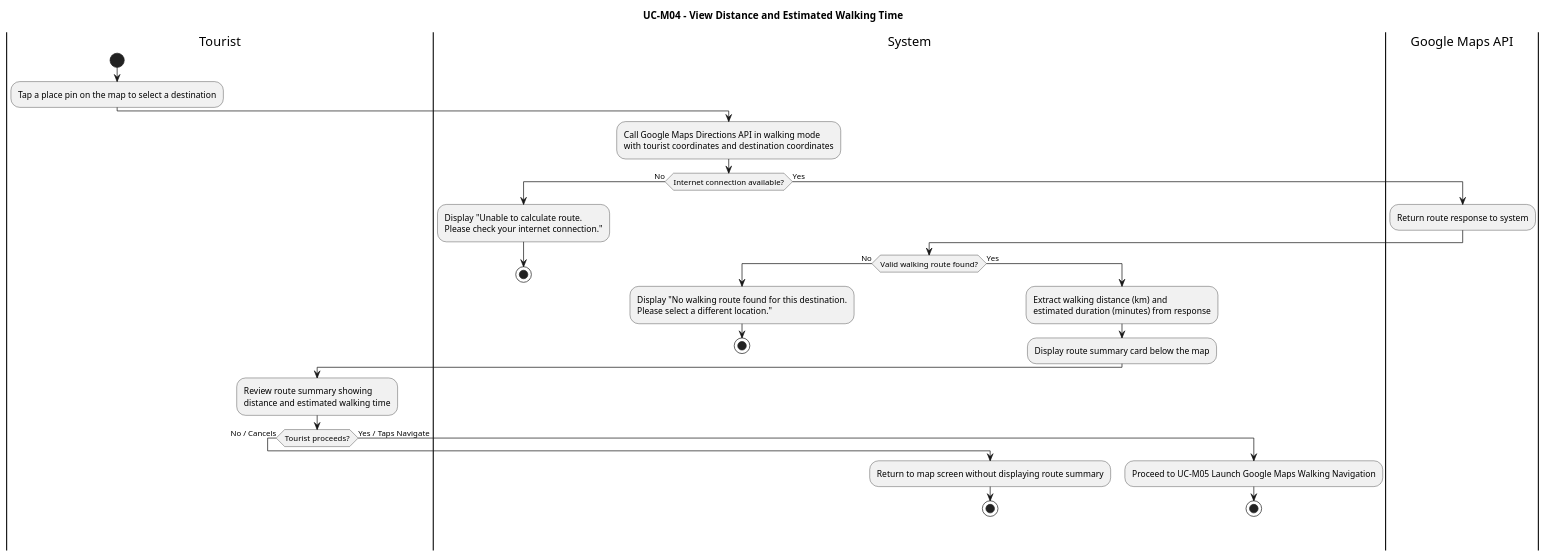
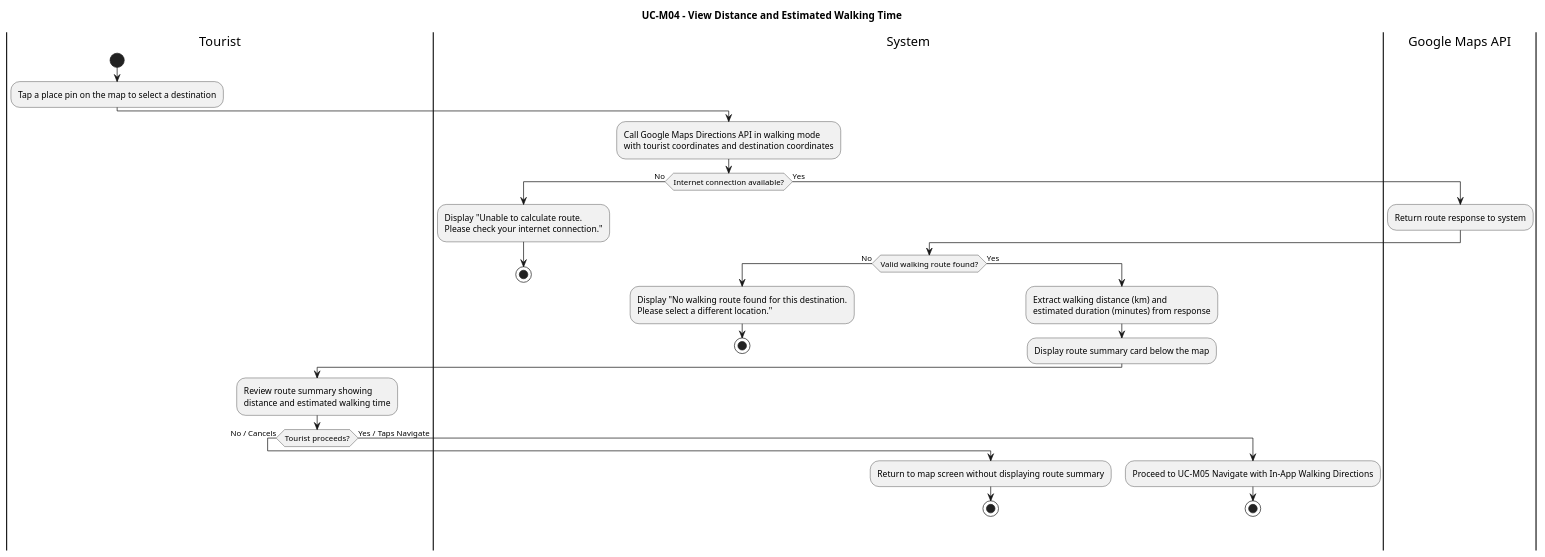
Before and after one commit to kzz05/WalkPenang: the fourth of 5 diagrams in CLAUDE.md, drawn with PlantUML. The commit also changed other lines of this file and 23 other files, not shown here.

First line of the commit message:
Replace external Google Maps hand-off with in-app walking navigation

````diff
--- a/CLAUDE.md
+++ b/CLAUDE.md
@@ -443,42 +443,42 @@
 ```plantuml
 @startuml UC3_4_ViewDistanceAndWalkingTime
 title UC-M04 - View Distance and Estimated Walking Time
 
 |Tourist|
 start
 :Tap a place pin on the map to select a destination;
 
 |System|
 :Call Google Maps Directions API in walking mode\nwith tourist coordinates and destination coordinates;
 
 if (Internet connection available?) then (No)
   :Display "Unable to calculate route.\nPlease check your internet connection.";
   stop
 else (Yes)
   |Google Maps API|
   :Return route response to system;
 
   |System|
   if (Valid walking route found?) then (No)
     :Display "No walking route found for this destination.\nPlease select a different location.";
     stop
   else (Yes)
     :Extract walking distance (km) and\nestimated duration (minutes) from response;
     :Display route summary card below the map;
 
     |Tourist|
     :Review route summary showing\ndistance and estimated walking time;
 
     if (Tourist proceeds?) then (No / Cancels)
       |System|
       :Return to map screen without displaying route summary;
       stop
     else (Yes / Taps Navigate)
-      :Proceed to UC-M05 Launch Google Maps Walking Navigation;
+      :Proceed to UC-M05 Navigate with In-App Walking Directions;
       stop
     endif
   endif
 endif
 
 @enduml
 ```
````
